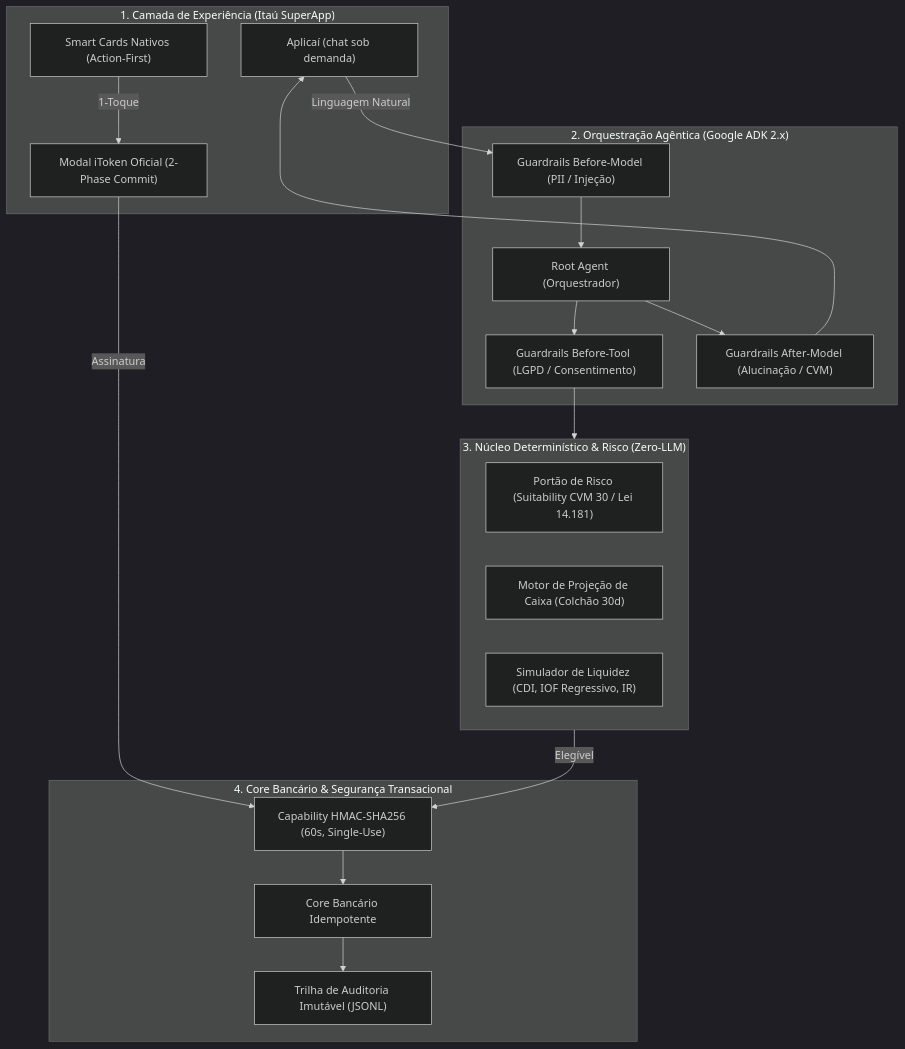
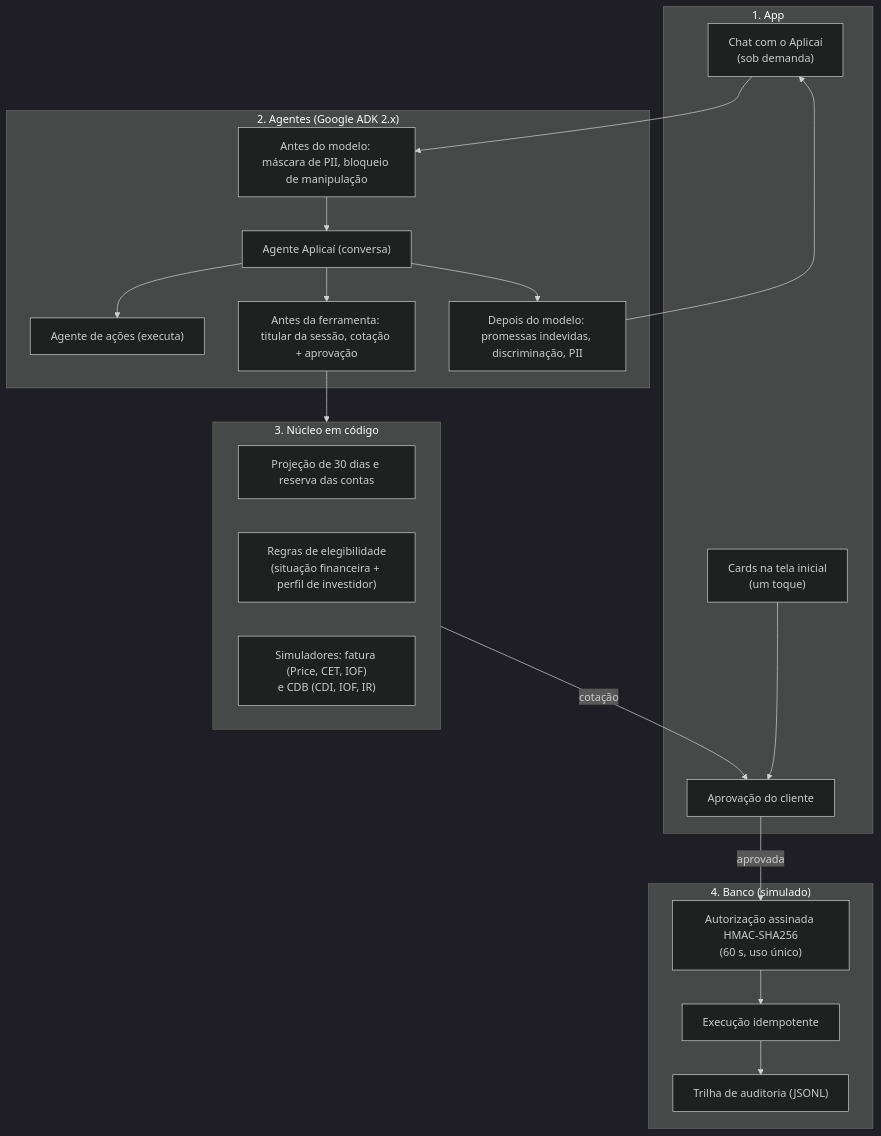
The diagram in README.md (lucianoon/aplicai), drawn with Mermaid (dark theme) before and after one commit. The commit also changed other lines of this file, not shown here.

First line of the commit message:
docs: README alinhado ao posicionamento e ao código

````diff
--- a/README.md
+++ b/README.md
@@ -36,39 +37,35 @@
 ```mermaid
 flowchart TD
-    subgraph UI["1. Camada de Experiência (Itaú SuperApp)"]
-        SC["Smart Cards Nativos (Action-First)"]
-        DR["Aplicaí (chat sob demanda)"]
-        IT["Modal iToken Oficial (2-Phase Commit)"]
+    subgraph UI["1. App"]
+        SC["Cards na tela inicial<br/>(um toque)"]
+        DR["Chat com o Aplicaí<br/>(sob demanda)"]
+        AP["Aprovação do cliente"]
     end
 
-    subgraph ADK["2. Orquestração Agêntica (Google ADK 2.x)"]
-        ORQ["Root Agent (Orquestrador)"]
-        GB["Guardrails Before-Model (PII / Injeção)"]
-        GT["Guardrails Before-Tool (LGPD / Consentimento)"]
-        GA["Guardrails After-Model (Alucinação / CVM)"]
+    subgraph ADK["2. Agentes (Google ADK 2.x)"]
+        ORQ["Agente Aplicaí (conversa)"]
+        ACAO["Agente de ações (executa)"]
+        GB["Antes do modelo: máscara de PII, bloqueio de manipulação"]
+        GT["Antes da ferramenta: titular da sessão, cotação + aprovação"]
+        GA["Depois do modelo: promessas indevidas, discriminação, PII"]
     end
 
-    subgraph DETERMINISTICO["3. Núcleo Determinístico & Risco (Zero-LLM)"]
-        PR["Portão de Risco (Suitability CVM 30 / Lei 14.181)"]
-        MP["Motor de Projeção de Caixa (Colchão 30d)"]
-        SL["Simulador de Liquidez (CDI, IOF Regressivo, IR)"]
+    subgraph NUCLEO["3. Núcleo em código"]
+        MP["Projeção de 30 dias e reserva das contas"]
+        PR["Regras de elegibilidade<br/>(situação financeira + perfil de investidor)"]
+        SL["Simuladores: fatura (Price, CET, IOF)<br/>e CDB (CDI, IOF, IR)"]
     end
 
-    subgraph CORE["4. Core Bancário & Segurança Transacional"]
-        CAP["Capability HMAC-SHA256 (60s, Single-Use)"]
-        STORE["Core Bancário Idempotente"]
-        AUDIT["Trilha de Auditoria Imutável (JSONL)"]
+    subgraph CORE["4. Banco (simulado)"]
+        CAP["Autorização assinada HMAC-SHA256<br/>(60 s, uso único)"]
+        STORE["Execução idempotente"]
+        AUDIT["Trilha de auditoria (JSONL)"]
     end
 
-    SC -->|1-Toque| IT
-    DR -->|Linguagem Natural| GB
-    GB --> ORQ
-    ORQ --> GT
-    GT --> DETERMINISTICO
-    DETERMINISTICO -->|Elegível| CAP
-    IT -->|Assinatura| CAP
-    CAP --> STORE
-    STORE --> AUDIT
-    ORQ --> GA
-    GA --> DR
+    SC --> AP
+    DR --> GB --> ORQ --> ACAO
+    ORQ --> GT --> NUCLEO
+    ORQ --> GA --> DR
+    NUCLEO -->|cotação| AP
+    AP -->|aprovada| CAP --> STORE --> AUDIT
 ```
````
